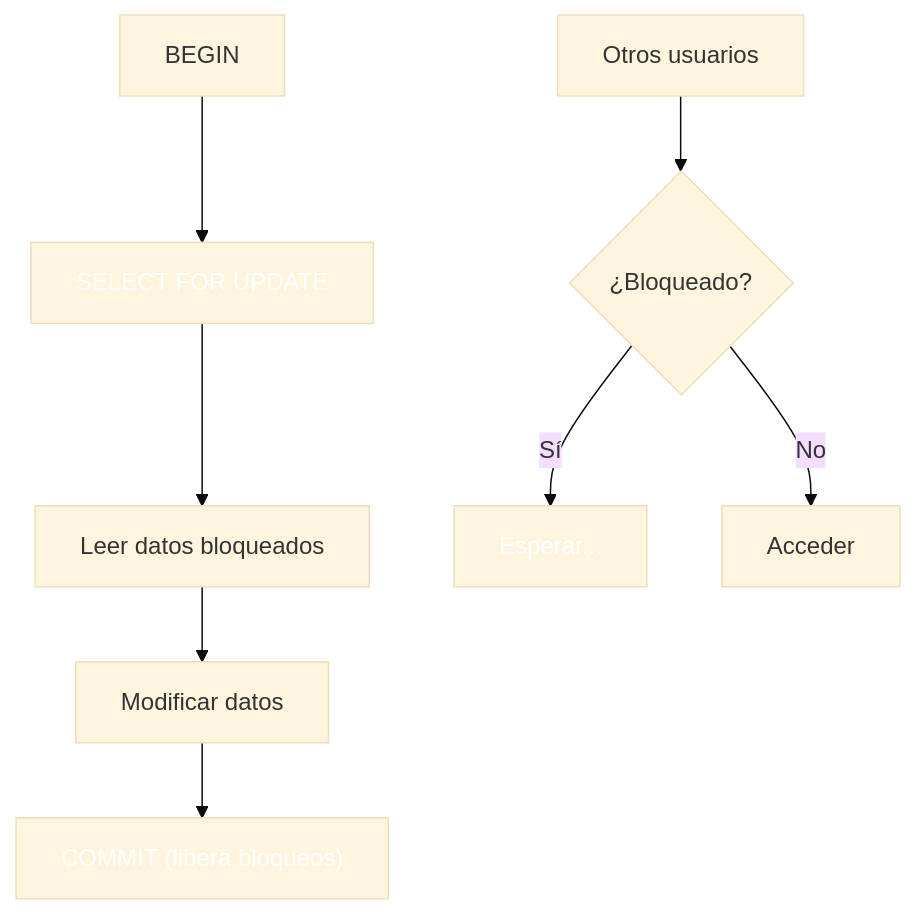
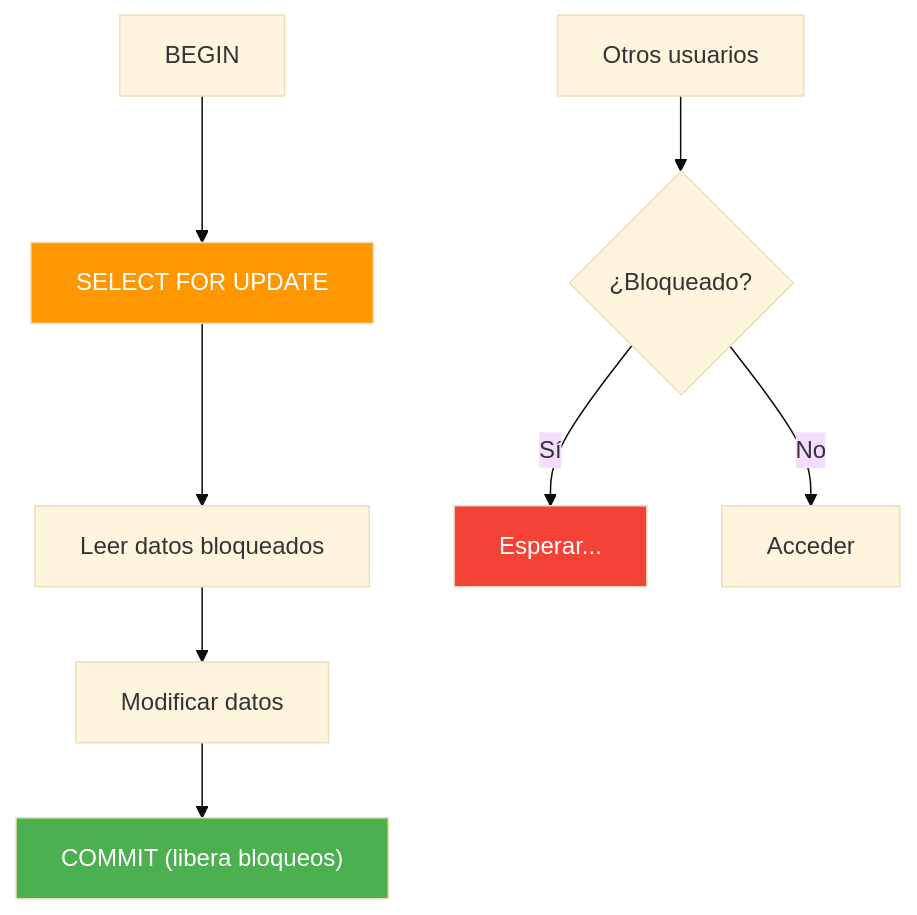
One commit to joseluisgs/DesarrolloWebEntornosServidor-02-2026-2027 changed the fifth of 8 diagrams in 15-transacciones-identificadores.md. Above: the diagram before and after it, drawn with Mermaid (base theme). The commit also changed other lines of this file and 29 other files, not shown here.

Commit message:
docs: corregir estilos Mermaid y estilo, quitar referencias a la Tienda y reestructurar los retos 13 y 15

````diff
--- a/15-transacciones-identificadores.md
+++ b/15-transacciones-identificadores.md
@@ -209,13 +212,13 @@
 ```mermaid
 flowchart TD
     A["BEGIN"] --> B["SELECT FOR UPDATE"]
     B --> C["Leer datos bloqueados"]
     C --> D["Modificar datos"]
     D --> E["COMMIT (libera bloqueos)"]
     H["Otros usuarios"] --> I{"¿Bloqueado?"}
     I -->|Sí| J["Esperar..."]
     I -->|No| K["Acceder"]
-    style B fill:#FF980,color:#fff0,color:#fff
-    style E fill:#4CAF5,color:#fff0,color:#fff
-    style J fill:#F4433,color:#fff6,color:#fff
+    style B fill:#FF9800,color:#fff
+    style E fill:#4CAF50,color:#fff
+    style J fill:#F44336,color:#fff
 ```
````
